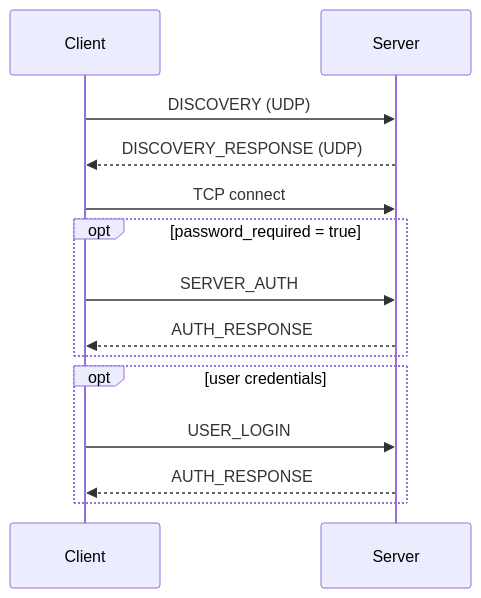
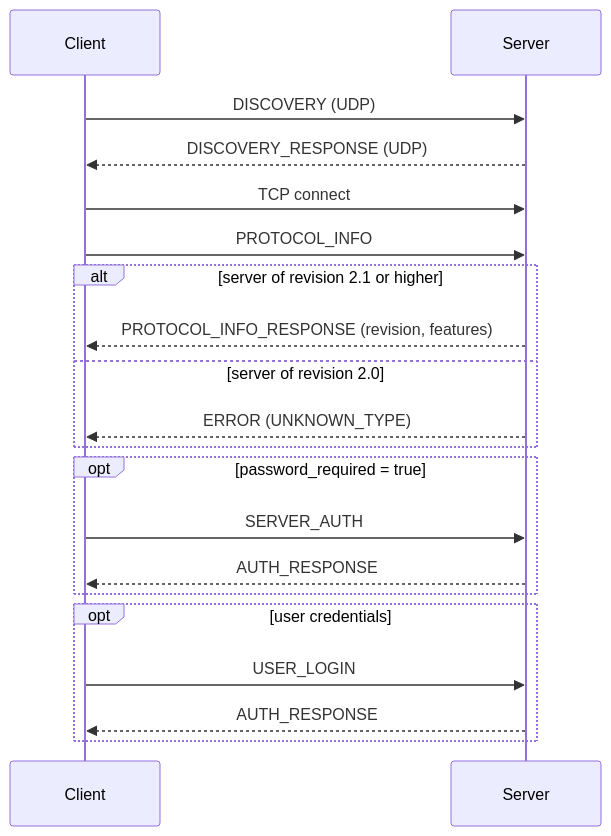
The first of 9 diagrams in PROTOCOLE.md (devfred78/multiplayer), drawn with Mermaid before and after one commit. The commit also changed other lines of this file and 3 other files, not shown here.

````diff
--- a/PROTOCOLE.md
+++ b/PROTOCOLE.md
@@ -3648,17 +4437,23 @@
 ```mermaid
 sequenceDiagram
     participant C as Client
     participant S as Server
 
     C->>S: DISCOVERY (UDP)
     S-->>C: DISCOVERY_RESPONSE (UDP)
     C->>S: TCP connect
+    C->>S: PROTOCOL_INFO
+    alt server of revision 2.1 or higher
+        S-->>C: PROTOCOL_INFO_RESPONSE (revision, features)
+    else server of revision 2.0
+        S-->>C: ERROR (UNKNOWN_TYPE)
+    end
     opt password_required = true
         C->>S: SERVER_AUTH
         S-->>C: AUTH_RESPONSE
     end
     opt user credentials
         C->>S: USER_LOGIN
         S-->>C: AUTH_RESPONSE
     end
 ```
````
